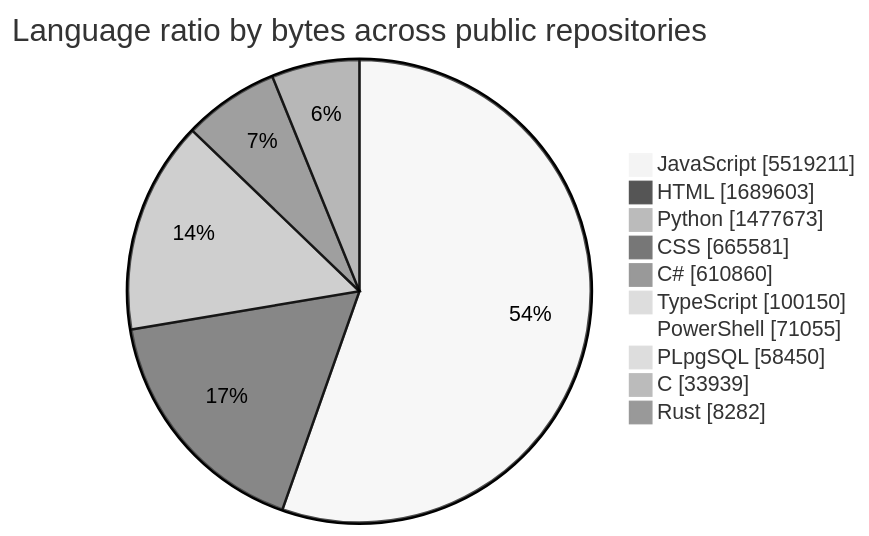
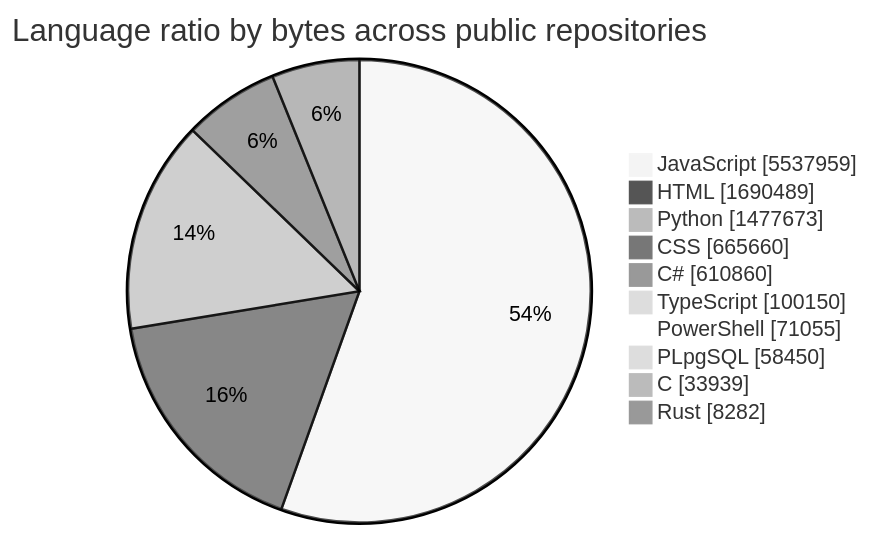
The first of 2 diagrams in README.md (tchinso/tchinso), drawn with Mermaid (neutral theme) before and after one commit. The commit also changed other lines of this file, not shown here.

````diff
--- a/README.md
+++ b/README.md
@@ -27,14 +27,14 @@
 ```mermaid
 pie showData
     title Language ratio by bytes across public repositories
-    "JavaScript" : 5519211
-    "HTML" : 1689603
+    "JavaScript" : 5537959
+    "HTML" : 1690489
     "Python" : 1477673
-    "CSS" : 665581
+    "CSS" : 665660
     "C#" : 610860
     "TypeScript" : 100150
     "PowerShell" : 71055
     "PLpgSQL" : 58450
     "C" : 33939
     "Rust" : 8282
 ```
````
